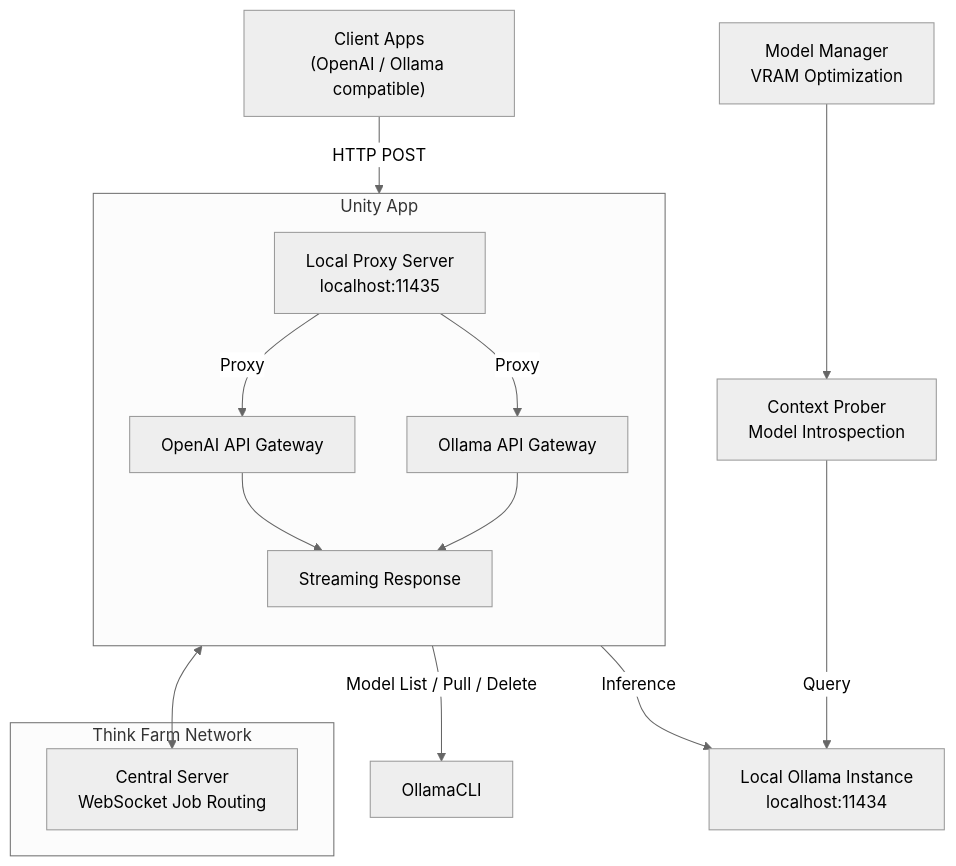
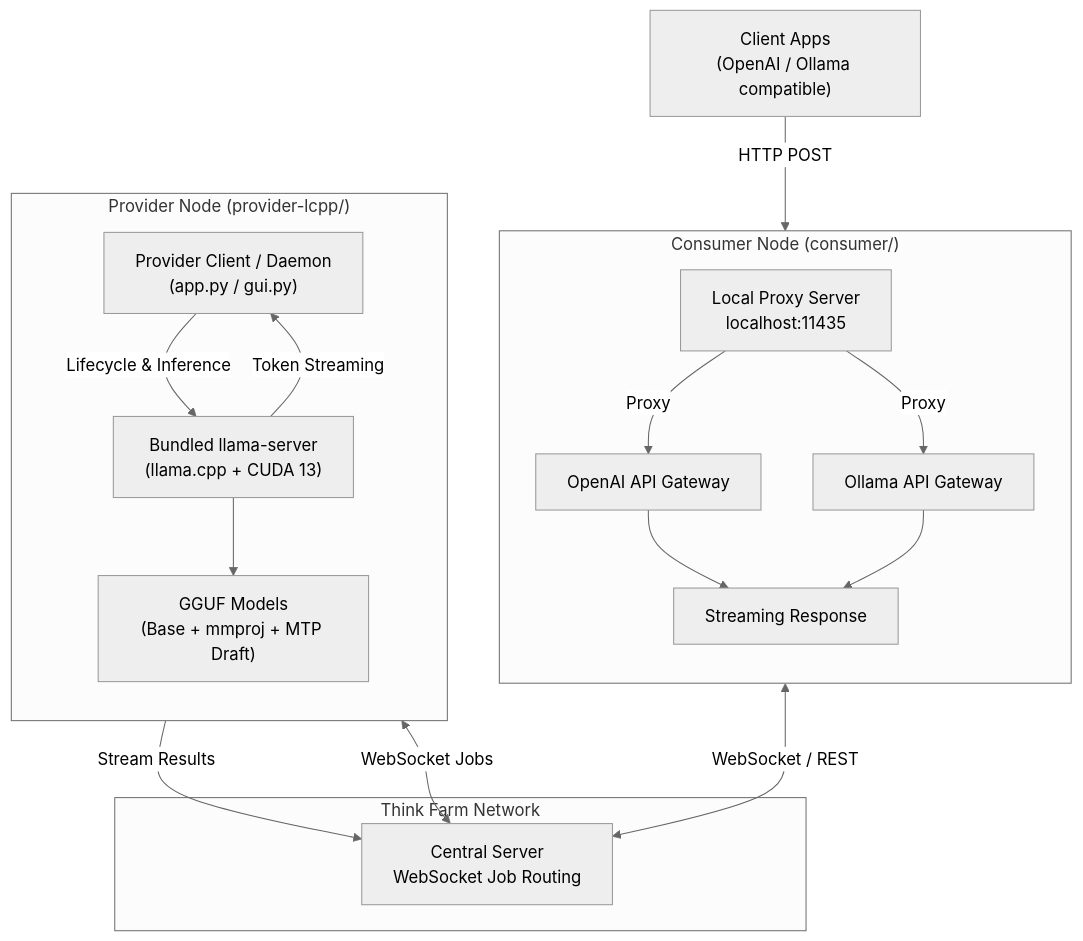
The diagram in README.md (pxp888/thinkfarm), drawn with Mermaid (neutral theme) before and after one commit. The commit also changed other lines of this file, not shown here.

````diff
--- a/README.md
+++ b/README.md
@@ -18,23 +18,29 @@
 ```mermaid
 flowchart TB
-    ClientApps["Client Apps\n(OpenAI / Ollama compatible)"] -->|HTTP POST| Unity
+    ClientApps["Client Apps\n(OpenAI / Ollama compatible)"] -->|HTTP POST| ConsumerProxy
 
-    subgraph Unity[Unity App]
+    subgraph Consumer["Consumer Node (consumer/)"]
         direction TB
-        UnityAPI["Local Proxy Server\nlocalhost:11435"]
-        UnityAPI -->|Proxy| OpenAIGW[OpenAI API Gateway]
-        UnityAPI -->|Proxy| OllamaGW[Ollama API Gateway]
+        ConsumerProxy["Local Proxy Server\nlocalhost:11435"]
+        ConsumerProxy -->|Proxy| OpenAIGW[OpenAI API Gateway]
+        ConsumerProxy -->|Proxy| OllamaGW[Ollama API Gateway]
         OpenAIGW & OllamaGW --> Streaming[Streaming Response]
     end
 
-    subgraph ThinkFarm[Think Farm Network]
+    subgraph ThinkFarm["Think Farm Network"]
         WS["Central Server\nWebSocket Job Routing"]
     end
 
-    Unity <--> WS
+    ConsumerProxy <-->|WebSocket / REST| WS
+    WS <-->|WebSocket Jobs| ProviderDaemon
 
-    Unity -->|Model List / Pull / Delete| OllamaCLI
-    Mgr["Model Manager\nVRAM Optimization"] --> Prober["Context Prober\nModel Introspection"]
-    Prober -->|Query| Ollama["Local Ollama Instance\nlocalhost:11434"]
-    Unity -->|Inference| Ollama
+    subgraph Provider["Provider Node (provider-lcpp/)"]
+        direction TB
+        ProviderDaemon["Provider Client / Daemon\n(app.py / gui.py)"]
+        ProviderDaemon -->|Lifecycle & Inference| LlamaServer["Bundled llama-server\n(llama.cpp + CUDA 13)"]
+        LlamaServer --> ModelFiles["GGUF Models\n(Base + mmproj + MTP Draft)"]
+    end
+
+    LlamaServer -->|Token Streaming| ProviderDaemon
+    ProviderDaemon -->|Stream Results| WS
 ```
````
